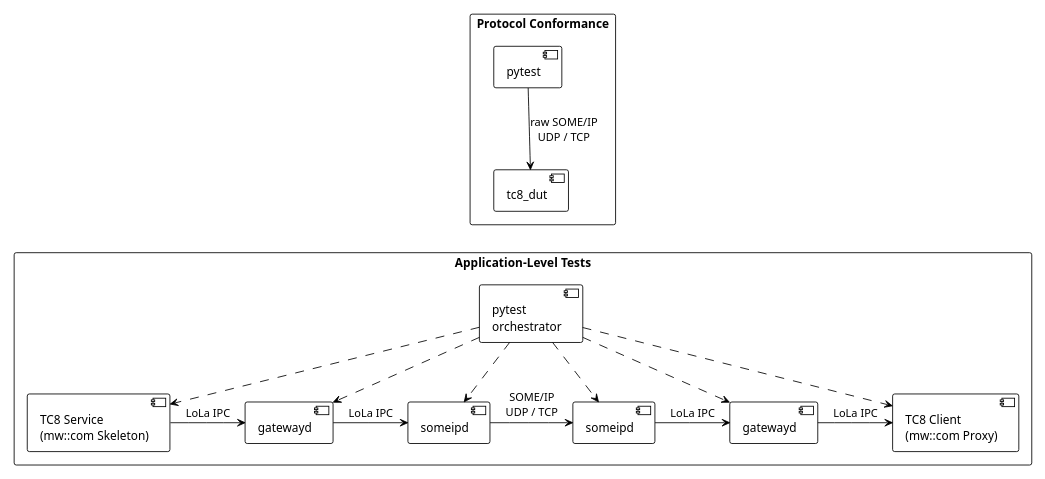
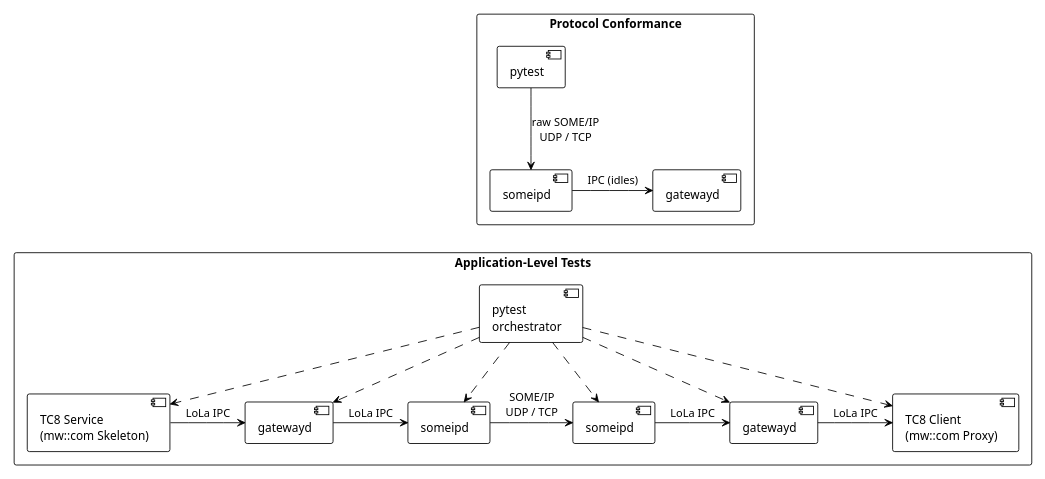
The first of 7 diagrams in docs/architecture/tc8_conformance_testing.rst (eclipse-score/inc_someip_gateway), drawn with PlantUML before and after one commit. The commit also changed other lines of this file, not shown here.

Commit message:
docs(tc8): update architecture doc for ETS stub DUT

```diff
--- a/docs/architecture/tc8_conformance_testing.rst
+++ b/docs/architecture/tc8_conformance_testing.rst
@@ -39,40 +39,42 @@
 .. uml::
 
    @startuml
    !theme plain
    scale max 800 width
    skinparam packageStyle rectangle
 
    package "Protocol Conformance" {
      [pytest] as L1Test
-     [tc8_dut] as L1DUT
+     [someipd] as L1DUT
+     [gatewayd] as L1GW
      L1Test -down-> L1DUT : raw SOME/IP\nUDP / TCP
+     L1DUT -right-> L1GW : IPC (idles)
    }
 
    package "Application-Level Tests" {
      [pytest\norchestrator] as L2Orch
 
      [TC8 Service\n(mw::com Skeleton)] as L2Svc
      [gatewayd] as L2GW1
      [someipd] as L2SD1
 
      [someipd] as L2SD2
      [gatewayd] as L2GW2
      [TC8 Client\n(mw::com Proxy)] as L2Cli
 
      L2Orch .down.> L2Svc
      L2Orch .down.> L2GW1
      L2Orch .down.> L2SD1
      L2Orch .down.> L2SD2
      L2Orch .down.> L2GW2
      L2Orch .down.> L2Cli
 
      L2Svc -right-> L2GW1 : LoLa IPC
      L2GW1 -right-> L2SD1 : LoLa IPC
      L2SD1 -right-> L2SD2 : SOME/IP\nUDP / TCP
      L2SD2 -right-> L2GW2 : LoLa IPC
      L2GW2 -right-> L2Cli : LoLa IPC
    }
 
    L1DUT -[hidden]down-> L2Orch
    @enduml
```
